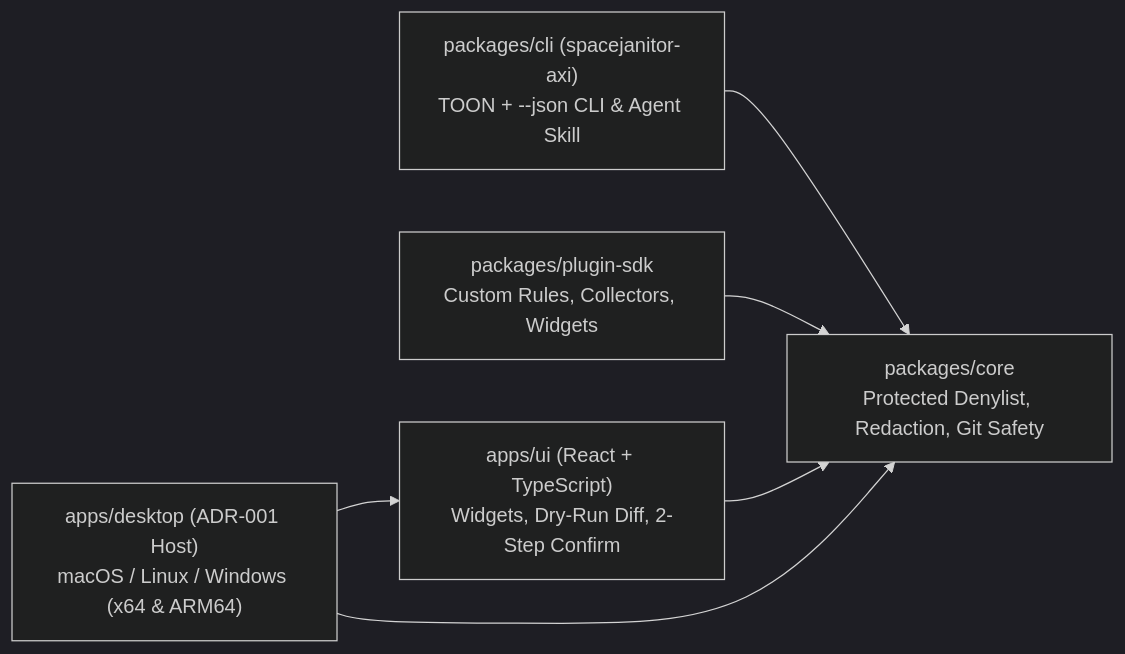
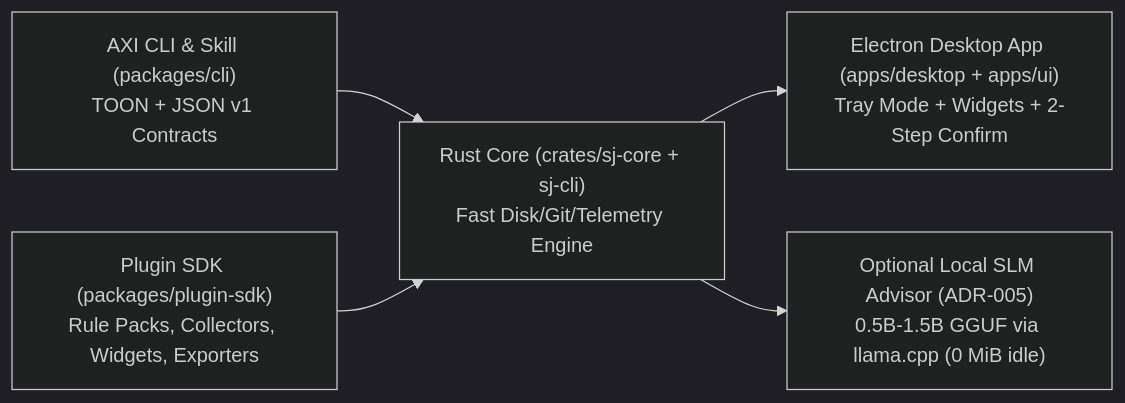
One commit to adibirzu/spacejanitor changed the diagram in README.md. Above: the diagram before and after it, drawn with Mermaid (dark theme). The commit also changed other lines of this file and 10 other files, not shown here.

Commit message:
feat(arch): adopt Rust core + Electron shell + local SLM advisor (ADR-001, ADR-005, PRD-005)

````diff
--- a/README.md
+++ b/README.md
@@ -25,8 +25,7 @@
 ```mermaid
 flowchart LR
-  CLI["packages/cli (spacejanitor-axi)\nTOON + --json CLI & Agent Skill"] --> Core["packages/core\nProtected Denylist, Redaction, Git Safety"]
-  SDK["packages/plugin-sdk\nCustom Rules, Collectors, Widgets"] --> Core
-  UI["apps/ui (React + TypeScript)\nWidgets, Dry-Run Diff, 2-Step Confirm"] --> Core
-  Desktop["apps/desktop (ADR-001 Host)\nmacOS / Linux / Windows (x64 & ARM64)"] --> UI
-  Desktop --> Core
+  RustCore["Rust Core (crates/sj-core + sj-cli)\nFast Disk/Git/Telemetry Engine"] --> Electron["Electron Desktop App (apps/desktop + apps/ui)\nTray Mode + Widgets + 2-Step Confirm"]
+  RustCore --> SLM["Optional Local SLM Advisor (ADR-005)\n0.5B-1.5B GGUF via llama.cpp (0 MiB idle)"]
+  AXI["AXI CLI & Skill (packages/cli)\nTOON + JSON v1 Contracts"] --> RustCore
+  SDK["Plugin SDK (packages/plugin-sdk)\nRule Packs, Collectors, Widgets, Exporters"] --> RustCore
 ```
````
